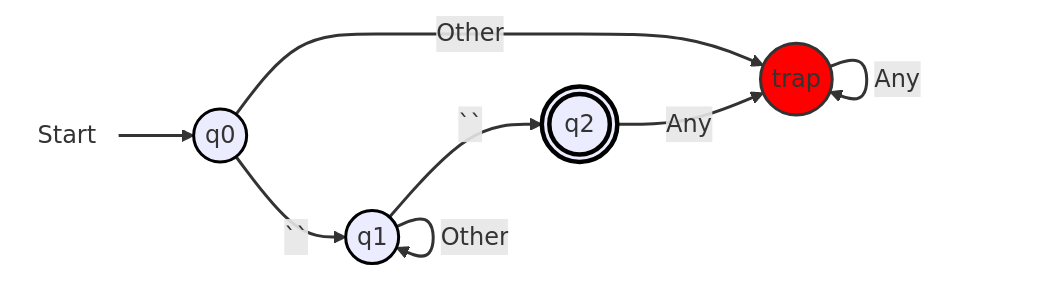
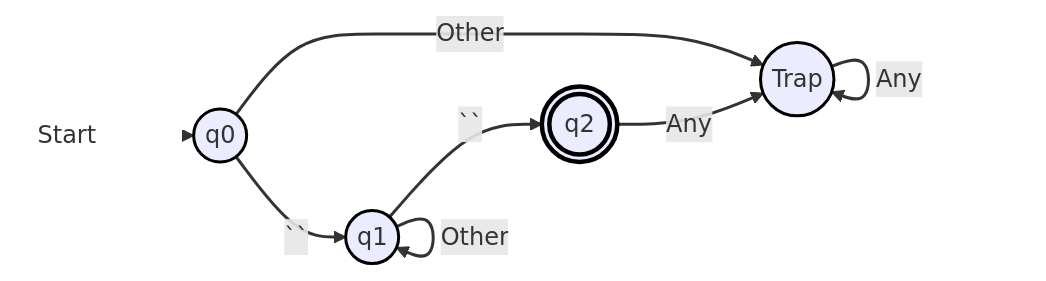
Before and after one commit to CS-Tiny-Compiler/a-tiny-compiler: the third of 9 diagrams in docs/DFA.md, drawn with Mermaid. The commit also changed other lines of this file, not shown here.

First line of the commit message:
made line colors consistent and trap state have a black color

````diff
--- a/docs/DFA.md
+++ b/docs/DFA.md
@@ -82,22 +82,19 @@
 ```mermaid
 flowchart LR
   start(((Start))):::startNode --> q0(("q0")):::normal
 
   q0 --> |``| q1(("q1")):::normal
-  q0 --> |"Other"| q3(("trap")):::trapState
+  q0 --> |"Other"| q3(("Trap")):::trapState
   q1 --> |"Other"| q1
   q1 --> |``| q2((("q2"))):::finalState
   q2 --> |"Any"| q3
   q3 --> |"Any"| q3
 
   classDef startNode fill:none,stroke:none;
   classDef normal stroke:#000,stroke-width:2px;
   classDef finalState stroke:#000,stroke-width:3px;
-  classDef trapState fill:red,stroke:#333,stroke-width:2px;
+  classDef trapState stroke:#000,stroke-width:2px;
 
-  linkStyle 0 stroke-width:2px;
+  linkStyle 0 stroke:white;
   linkStyle default stroke:#333,stroke-width:2px,fill:none;
-
-
-
 ```
````
